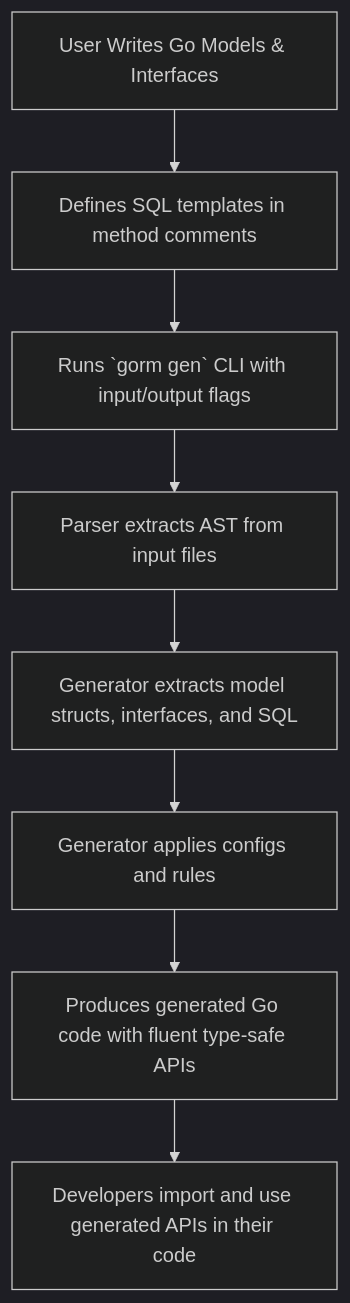
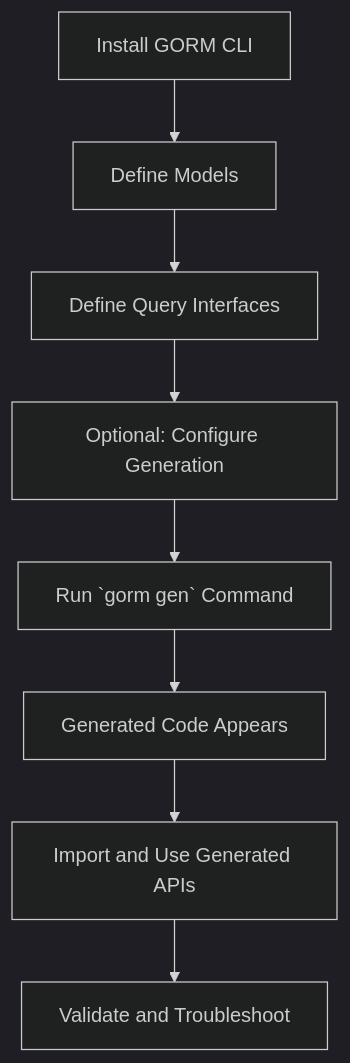
Before and after one commit to clidey/docucod-public-project-3a0e48a9-6b86-4d21-a930-072fe9723c66: the diagram in guides/core-workflows/getting-started.mdx, drawn with Mermaid (dark theme). The commit also changed other lines of this file and 27 other files, not shown here.

````diff
--- a/guides/core-workflows/getting-started.mdx
+++ b/guides/core-workflows/getting-started.mdx
@@ -265,10 +246,10 @@
 ```mermaid
 flowchart TD
-  A[User Writes Go Models & Interfaces] --> B[Defines SQL templates in method comments]
-  B --> C[Runs `gorm gen` CLI with input/output flags]
-  C --> D[Parser extracts AST from input files]
-  D --> E[Generator extracts model structs, interfaces, and SQL]
-  E --> F[Generator applies configs and rules]
-  F --> G[Produces generated Go code with fluent type-safe APIs]
-  G --> H[Developers import and use generated APIs in their code]
+  A[Install GORM CLI] --> B[Define Models]
+  B --> C[Define Query Interfaces]
+  C --> D[Optional: Configure Generation]
+  D --> E[Run `gorm gen` Command]
+  E --> F[Generated Code Appears]
+  F --> G[Import and Use Generated APIs]
+  G --> H[Validate and Troubleshoot]
 ```
````
